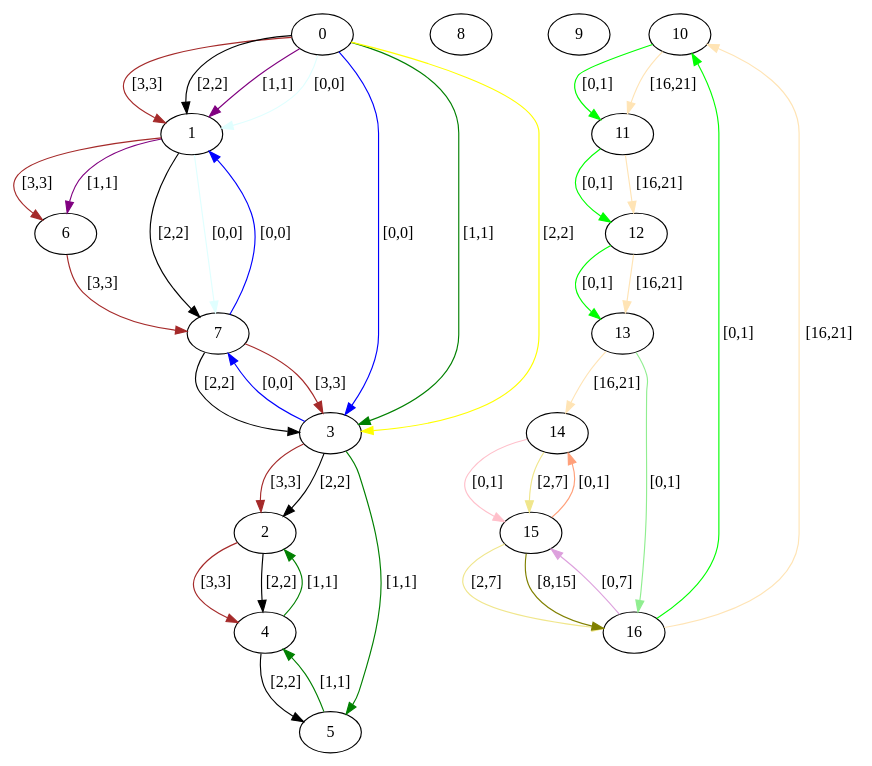
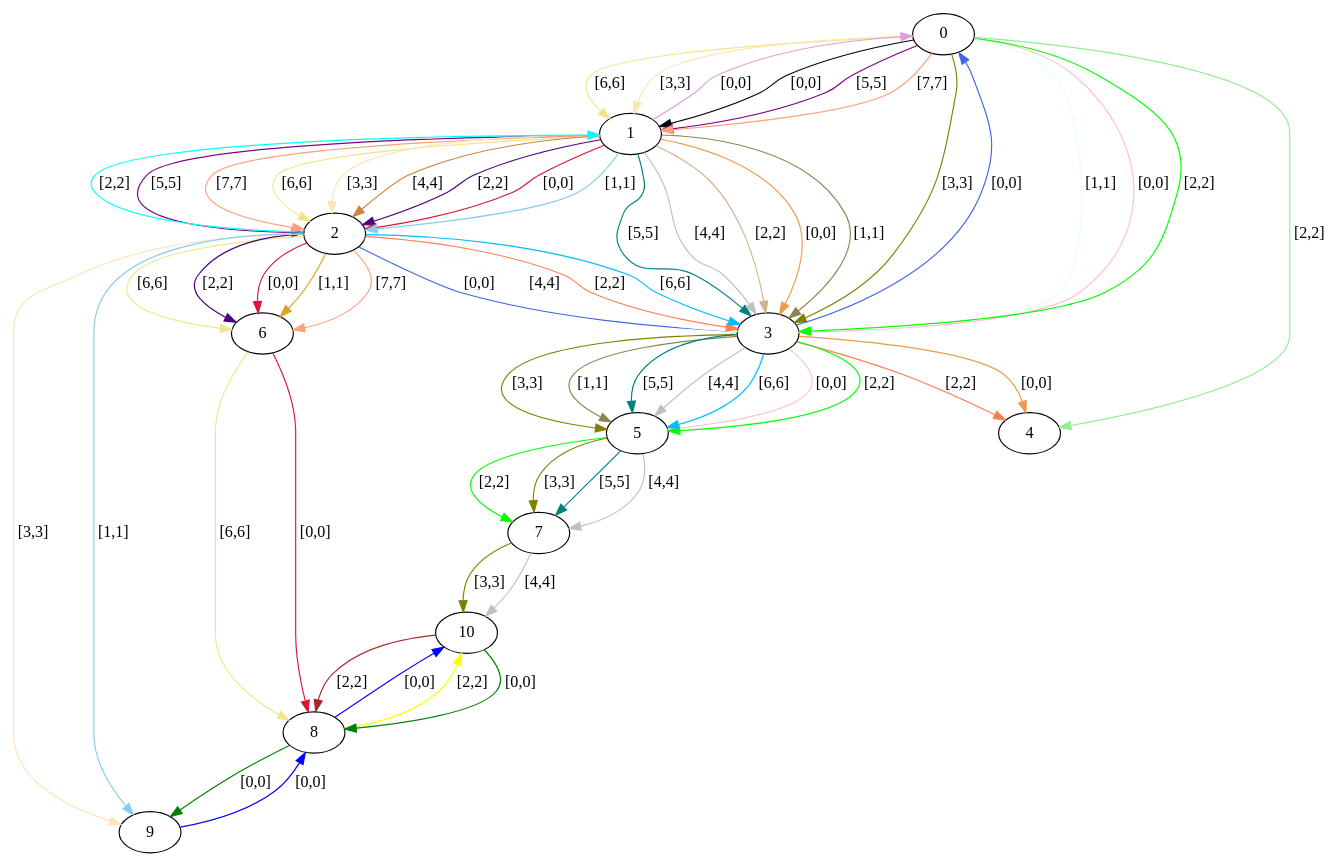
Before and after one commit to Hebbe1234/ExpectAll: the diagram in src/assignedGraphs/assigned.dot, drawn with Graphviz. The commit also changed 8 other files, not shown here.

```diff
--- a/src/assignedGraphs/assigned.dot
+++ b/src/assignedGraphs/assigned.dot
@@ -1,59 +1,73 @@
 digraph  {
 0 [label=0];
 1 [label=1];
 2 [label=2];
 3 [label=3];
 4 [label=4];
 5 [label=5];
 6 [label=6];
 7 [label=7];
 8 [label=8];
 9 [label=9];
 10 [label=10];
-11 [label=11];
-12 [label=12];
-13 [label=13];
-14 [label=14];
-15 [label=15];
-16 [label=16];
-0 -> 3  [color=blue, key=0, label="[0,0]"];
-0 -> 3  [color=green, key=1, label="[1,1]"];
-0 -> 3  [color=yellow, key=2, label="[2,2]"];
-0 -> 1  [color=brown, key=0, label="[3,3]"];
-0 -> 1  [color=black, key=1, label="[2,2]"];
-0 -> 1  [color=purple, key=2, label="[1,1]"];
-0 -> 1  [color=lightcyan, key=3, label="[0,0]"];
-1 -> 6  [color=brown, key=0, label="[3,3]"];
-1 -> 6  [color=purple, key=1, label="[1,1]"];
-1 -> 7  [color=black, key=0, label="[2,2]"];
-1 -> 7  [color=lightcyan, key=1, label="[0,0]"];
-2 -> 4  [color=brown, key=0, label="[3,3]"];
-2 -> 4  [color=black, key=1, label="[2,2]"];
-3 -> 7  [color=blue, key=0, label="[0,0]"];
-3 -> 5  [color=green, key=0, label="[1,1]"];
-3 -> 2  [color=brown, key=0, label="[3,3]"];
-3 -> 2  [color=black, key=1, label="[2,2]"];
-4 -> 2  [color=green, key=0, label="[1,1]"];
-4 -> 5  [color=black, key=0, label="[2,2]"];
-5 -> 4  [color=green, key=0, label="[1,1]"];
-6 -> 7  [color=brown, key=0, label="[3,3]"];
-7 -> 1  [color=blue, key=0, label="[0,0]"];
-7 -> 3  [color=brown, key=0, label="[3,3]"];
-7 -> 3  [color=black, key=1, label="[2,2]"];
-10 -> 11  [color=lime, key=0, label="[0,1]"];
-10 -> 11  [color=moccasin, key=1, label="[16,21]"];
-11 -> 12  [color=lime, key=0, label="[0,1]"];
-11 -> 12  [color=moccasin, key=1, label="[16,21]"];
-12 -> 13  [color=lime, key=0, label="[0,1]"];
-12 -> 13  [color=moccasin, key=1, label="[16,21]"];
-13 -> 16  [color=lightgreen, key=0, label="[0,1]"];
-13 -> 14  [color=moccasin, key=0, label="[16,21]"];
-14 -> 15  [color=pink, key=0, label="[0,1]"];
-14 -> 15  [color=khaki, key=1, label="[2,7]"];
-15 -> 14  [color=lightsalmon, key=0, label="[0,1]"];
-15 -> 16  [color=khaki, key=0, label="[2,7]"];
-15 -> 16  [color=olive, key=1, label="[8,15]"];
-16 -> 10  [color=lime, key=0, label="[0,1]"];
-16 -> 10  [color=moccasin, key=1, label="[16,21]"];
-16 -> 15  [color=plum, key=0, label="[0,7]"];
+0 -> 1  [color=black, key=0, label="[0,0]"];
+0 -> 1  [color=purple, key=1, label="[5,5]"];
+0 -> 1  [color=lightsalmon, key=2, label="[7,7]"];
+0 -> 1  [color=khaki, key=3, label="[6,6]"];
+0 -> 1  [color=moccasin, key=4, label="[3,3]"];
+0 -> 3  [color=lightcyan, key=0, label="[1,1]"];
+0 -> 3  [color=pink, key=1, label="[0,0]"];
+0 -> 3  [color=lime, key=2, label="[2,2]"];
+0 -> 3  [color=olive, key=3, label="[3,3]"];
+0 -> 4  [color=lightgreen, key=0, label="[2,2]"];
+1 -> 2  [color=purple, key=0, label="[5,5]"];
+1 -> 2  [color=lightsalmon, key=1, label="[7,7]"];
+1 -> 2  [color=khaki, key=2, label="[6,6]"];
+1 -> 2  [color=moccasin, key=3, label="[3,3]"];
+1 -> 2  [color=peru, key=4, label="[4,4]"];
+1 -> 2  [color=indigo, key=5, label="[2,2]"];
+1 -> 2  [color=crimson, key=6, label="[0,0]"];
+1 -> 2  [color=skyblue, key=7, label="[1,1]"];
+1 -> 0  [color=plum, key=0, label="[0,0]"];
+1 -> 3  [color=tan, key=0, label="[2,2]"];
+1 -> 3  [color=tan2, key=1, label="[0,0]"];
+1 -> 3  [color=khaki4, key=2, label="[1,1]"];
+1 -> 3  [color=teal, key=3, label="[5,5]"];
+1 -> 3  [color=silver, key=4, label="[4,4]"];
+2 -> 6  [color=lightsalmon, key=0, label="[7,7]"];
+2 -> 6  [color=khaki, key=1, label="[6,6]"];
+2 -> 6  [color=indigo, key=2, label="[2,2]"];
+2 -> 6  [color=crimson, key=3, label="[0,0]"];
+2 -> 6  [color=goldenrod, key=4, label="[1,1]"];
+2 -> 9  [color=moccasin, key=0, label="[3,3]"];
+2 -> 9  [color=skyblue, key=1, label="[1,1]"];
+2 -> 3  [color=royalblue, key=0, label="[0,0]"];
+2 -> 3  [color=snow, key=1, label="[4,4]"];
+2 -> 3  [color=coral, key=2, label="[2,2]"];
+2 -> 3  [color=deepskyblue, key=3, label="[6,6]"];
+2 -> 1  [color=aqua, key=0, label="[2,2]"];
+3 -> 5  [color=pink, key=0, label="[0,0]"];
+3 -> 5  [color=lime, key=1, label="[2,2]"];
+3 -> 5  [color=olive, key=2, label="[3,3]"];
+3 -> 5  [color=khaki4, key=3, label="[1,1]"];
+3 -> 5  [color=teal, key=4, label="[5,5]"];
+3 -> 5  [color=silver, key=5, label="[4,4]"];
+3 -> 5  [color=deepskyblue, key=6, label="[6,6]"];
+3 -> 4  [color=tan2, key=0, label="[0,0]"];
+3 -> 4  [color=coral, key=1, label="[2,2]"];
+3 -> 0  [color=royalblue, key=0, label="[0,0]"];
+5 -> 7  [color=lime, key=0, label="[2,2]"];
+5 -> 7  [color=olive, key=1, label="[3,3]"];
+5 -> 7  [color=teal, key=2, label="[5,5]"];
+5 -> 7  [color=silver, key=3, label="[4,4]"];
+6 -> 8  [color=khaki, key=0, label="[6,6]"];
+6 -> 8  [color=crimson, key=1, label="[0,0]"];
+7 -> 10  [color=olive, key=0, label="[3,3]"];
+7 -> 10  [color=silver, key=1, label="[4,4]"];
+8 -> 9  [color=green, key=0, label="[0,0]"];
+8 -> 10  [color=blue, key=0, label="[0,0]"];
+8 -> 10  [color=yellow, key=1, label="[2,2]"];
+9 -> 8  [color=blue, key=0, label="[0,0]"];
+10 -> 8  [color=green, key=0, label="[0,0]"];
+10 -> 8  [color=brown, key=1, label="[2,2]"];
 }
```
